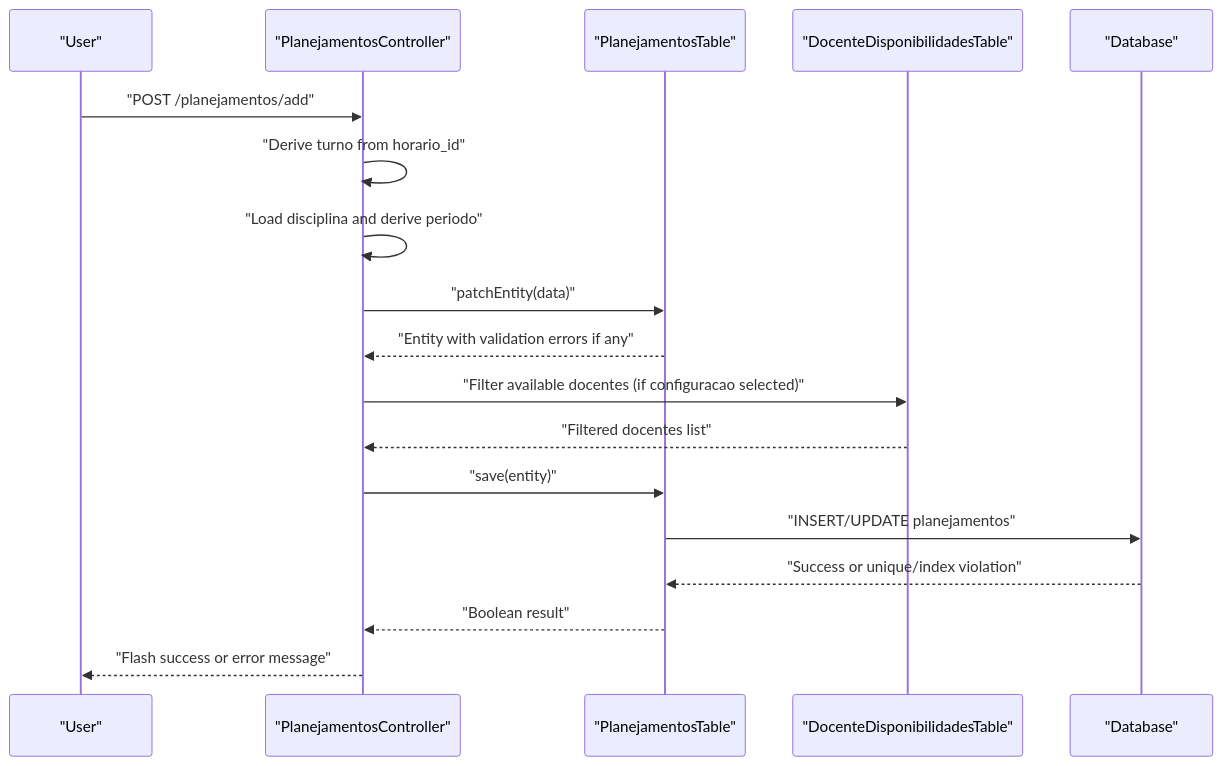
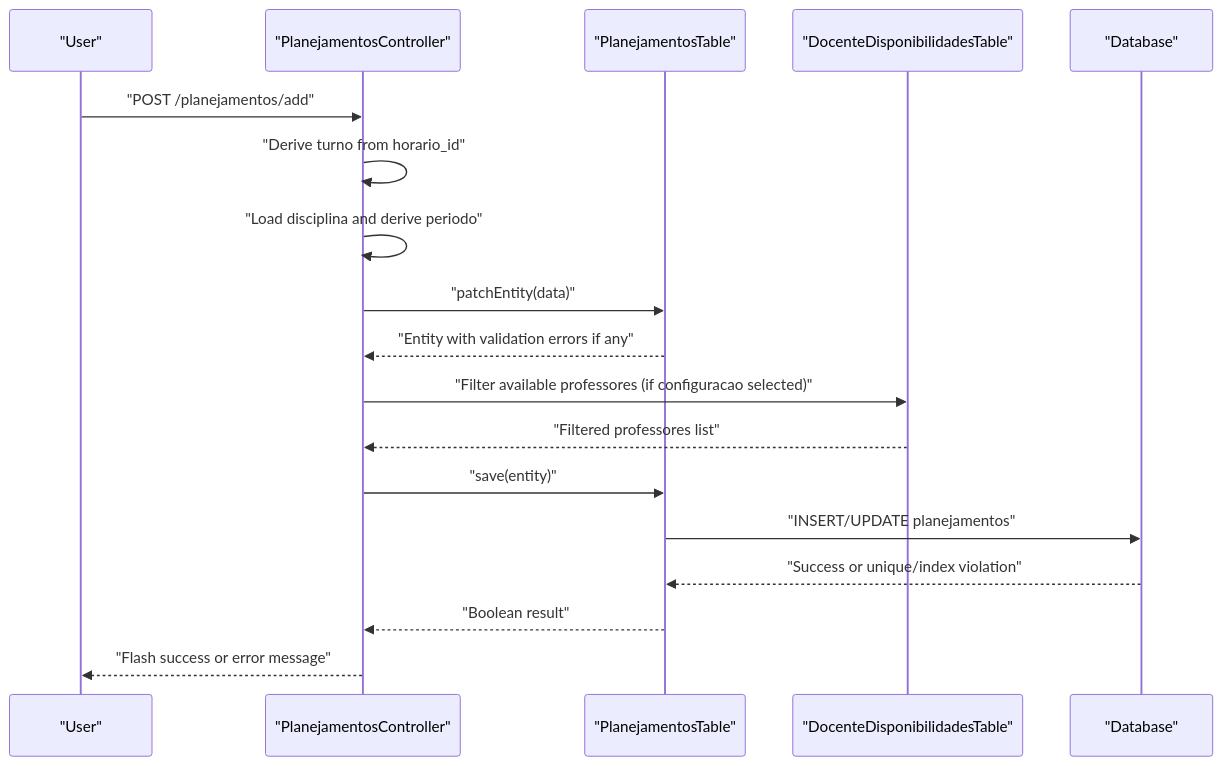
The second of 4 diagrams in .qoder/repowiki/en/content/Project Overview/Core Features Overview/Academic Planning Management/Conflict Detection and Validation.md (luiseduacosta/planejamento5), drawn with Mermaid before and after one commit. The commit also changed other lines of this file and 37 other files, not shown here.

Commit message:
repowiki: rename Docentes → Professores in metadata

````diff
--- a/.qoder/repowiki/en/content/Project Overview/Core Features Overview/Academic Planning Management/Conflict Detection and Validation.md
+++ b/.qoder/repowiki/en/content/Project Overview/Core Features Overview/Academic Planning Management/Conflict Detection and Validation.md
@@ -113,20 +113,20 @@
 ```mermaid
 sequenceDiagram
 participant U as "User"
 participant C as "PlanejamentosController"
 participant T as "PlanejamentosTable"
 participant D as "DocenteDisponibilidadesTable"
 participant DB as "Database"
 U->>C : "POST /planejamentos/add"
 C->>C : "Derive turno from horario_id"
 C->>C : "Load disciplina and derive periodo"
 C->>T : "patchEntity(data)"
 T-->>C : "Entity with validation errors if any"
-C->>D : "Filter available docentes (if configuracao selected)"
-D-->>C : "Filtered docentes list"
+C->>D : "Filter available professores (if configuracao selected)"
+D-->>C : "Filtered professores list"
 C->>T : "save(entity)"
 T->>DB : "INSERT/UPDATE planejamentos"
 DB-->>T : "Success or unique/index violation"
 T-->>C : "Boolean result"
 C-->>U : "Flash success or error message"
 ```
````
